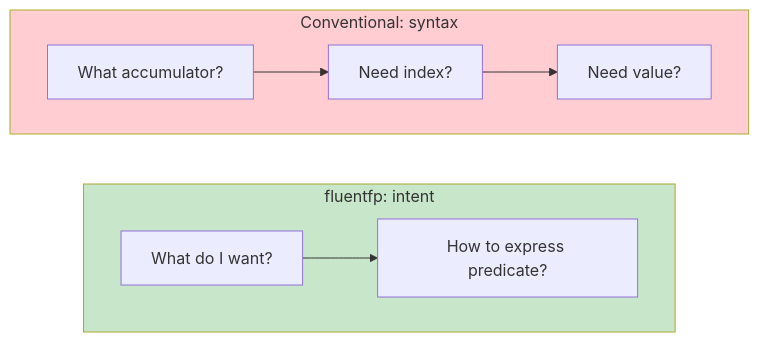
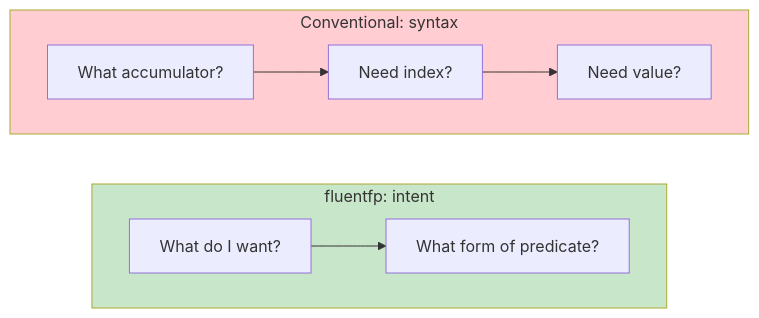
The third of 6 diagrams in analysis.md (binaryphile/fluentfp), drawn with Mermaid before and after one commit. The commit also changed other lines of this file, not shown here.

````diff
--- a/analysis.md
+++ b/analysis.md
@@ -73,16 +73,16 @@
 ```mermaid
 flowchart LR
     subgraph fluentfp["fluentfp: intent"]
         direction LR
-        F1["What do I want?"] --> F2["How to express predicate?"]
+        F1["What do I want?"] --> F2["What form of predicate?"]
     end
 
     subgraph Conventional["Conventional: syntax"]
         direction LR
         C1["What accumulator?"] --> C2["Need index?"]
         C2 --> C3["Need value?"]
     end
 
     style fluentfp fill:#c8e6c9
     style Conventional fill:#ffcdd2
 ```
````
